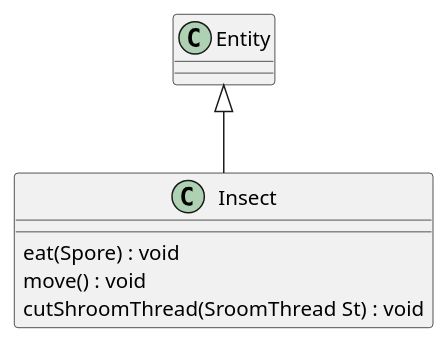
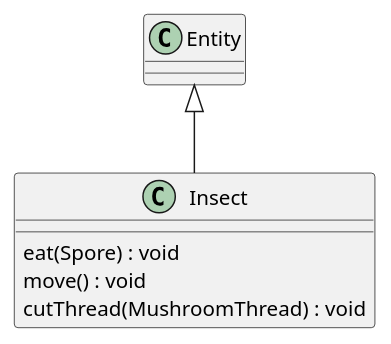
One commit to Petya-G/fungorium changed the diagram in 3/classes/insect.puml. Above: the diagram before and after it, drawn with PlantUML. The commit also changed 1 other file, not shown here.

```diff
--- a/3/classes/insect.puml
+++ b/3/classes/insect.puml
@@ -1,9 +1,9 @@
 @startuml insect
 
 Entity <|-- Insect
 class Insect{
     eat(Spore) : void
     move() : void
-    cutShroomThread(SroomThread St) : void
+    cutThread(MushroomThread) : void
 }
 @enduml
```
